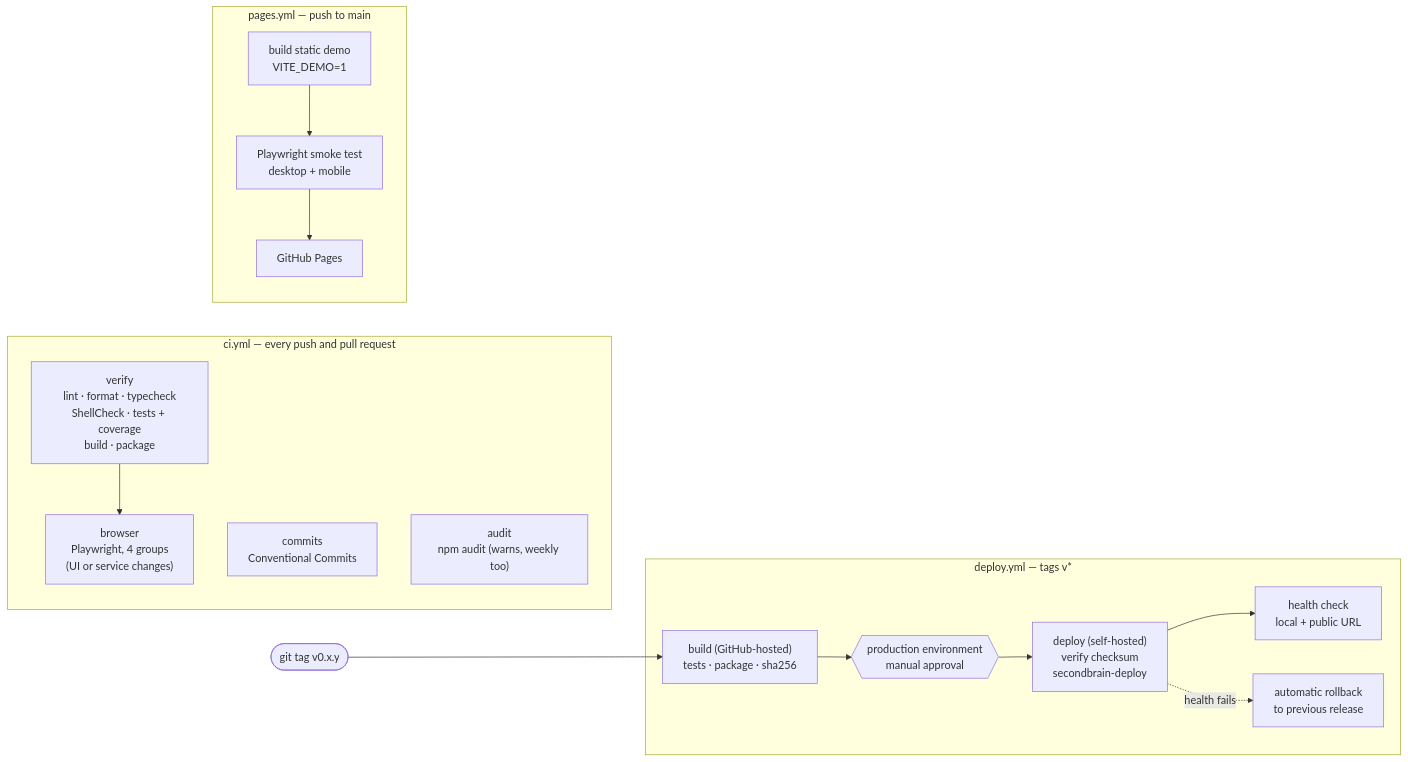
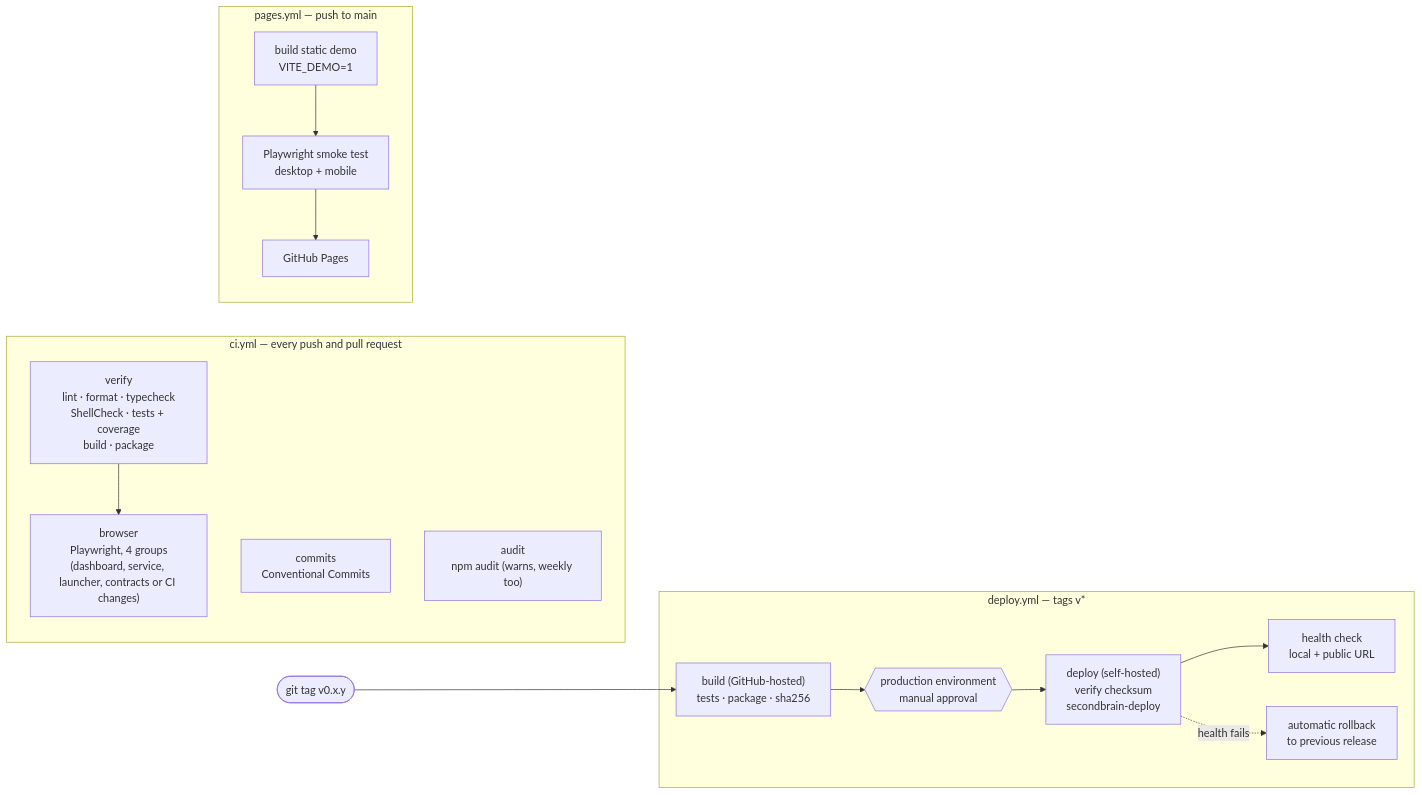
Before and after one commit to paul-jar4millo/SecondBrain: the diagram in docs/ci-cd.md, drawn with Mermaid. The commit also changed other lines of this file and 121 other files, not shown here.

````diff
--- a/docs/ci-cd.md
+++ b/docs/ci-cd.md
@@ -7,26 +7,26 @@
 ```mermaid
 flowchart LR
   subgraph ci["ci.yml — every push and pull request"]
     verify["verify<br/>lint · format · typecheck<br/>ShellCheck · tests + coverage<br/>build · package"]
     commits["commits<br/>Conventional Commits"]
     audit["audit<br/>npm audit (warns, weekly too)"]
-    browser["browser<br/>Playwright, 4 groups<br/>(UI or service changes)"]
+    browser["browser<br/>Playwright, 4 groups<br/>(dashboard, service, launcher, contracts or CI changes)"]
     verify --> browser
   end
 
   subgraph deploy["deploy.yml — tags v*"]
     build["build (GitHub-hosted)<br/>tests · package · sha256"]
     approve{{"production environment<br/>manual approval"}}
     activate["deploy (self-hosted)<br/>verify checksum<br/>secondbrain-deploy"]
     health["health check<br/>local + public URL"]
     rollback["automatic rollback<br/>to previous release"]
     build --> approve --> activate --> health
     activate -. "health fails" .-> rollback
   end
 
   subgraph pages["pages.yml — push to main"]
     demo["build static demo<br/>VITE_DEMO=1"] --> smoke["Playwright smoke test<br/>desktop + mobile"] --> publish["GitHub Pages"]
   end
 
   tag(["git tag v0.x.y"]) --> build
 ```
````
